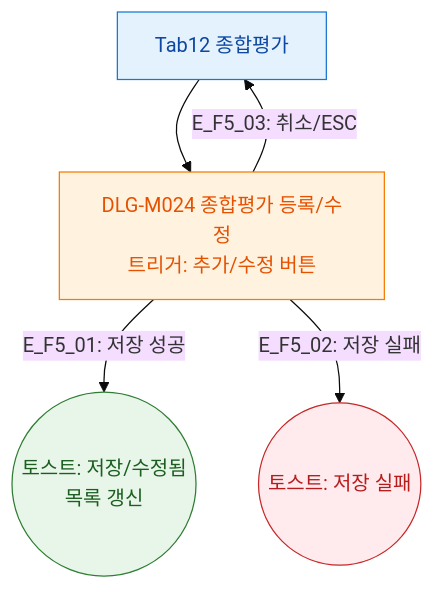
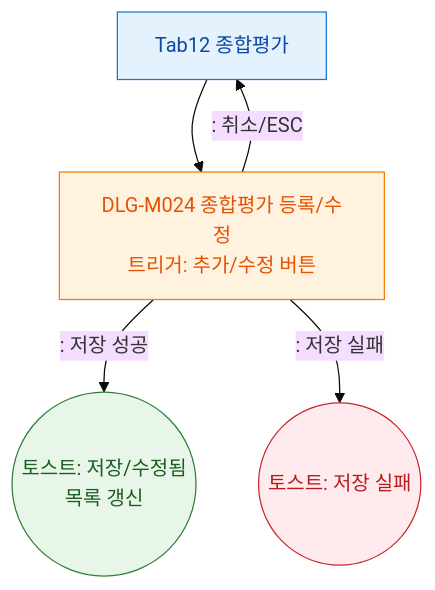
One commit to dev-spogym/admin-pando changed the diagram in docs/다이어그램/D02_회원관리/SCR-M004_회원상세/Tab12_종합평가/F5_모달트리거.md. Above: the diagram before and after it, drawn with Mermaid (base theme). The commit also changed other lines of this file and 1660 other files, not shown here.

First line of the commit message:
다이어그램: 기획자/클라이언트 납품본으로 정리

````diff
--- a/docs/다이어그램/D02_회원관리/SCR-M004_회원상세/Tab12_종합평가/F5_모달트리거.md
+++ b/docs/다이어그램/D02_회원관리/SCR-M004_회원상세/Tab12_종합평가/F5_모달트리거.md
@@ -22,16 +20,16 @@
 ```mermaid
 flowchart TD
   TAB[Tab12 종합평가] --> DLG_M024[DLG-M024 종합평가 등록/수정\n트리거: 추가/수정 버튼]
-  DLG_M024 -->|"E_F5_01: 저장 성공"| OK((토스트: 저장/수정됨\n목록 갱신))
-  DLG_M024 -->|"E_F5_02: 저장 실패"| ERR((토스트: 저장 실패))
-  DLG_M024 -->|"E_F5_03: 취소/ESC"| TAB
+  DLG_M024 -->|": 저장 성공"|OK((토스트: 저장/수정됨\n목록 갱신))
+  DLG_M024 -->|": 저장 실패"|ERR((토스트: 저장 실패))
+  DLG_M024 -->|": 취소/ESC"|TAB
 
   classDef screen fill:#E3F2FD,stroke:#1976D2,color:#0D47A1
   classDef modal fill:#FFF3E0,stroke:#F57C00,color:#E65100
   classDef success fill:#E8F5E9,stroke:#2E7D32,color:#1B5E20
   classDef error fill:#FFEBEE,stroke:#C62828,color:#B71C1C
   class TAB screen
   class DLG_M024 modal
   class OK success
   class ERR error
 ```
````
